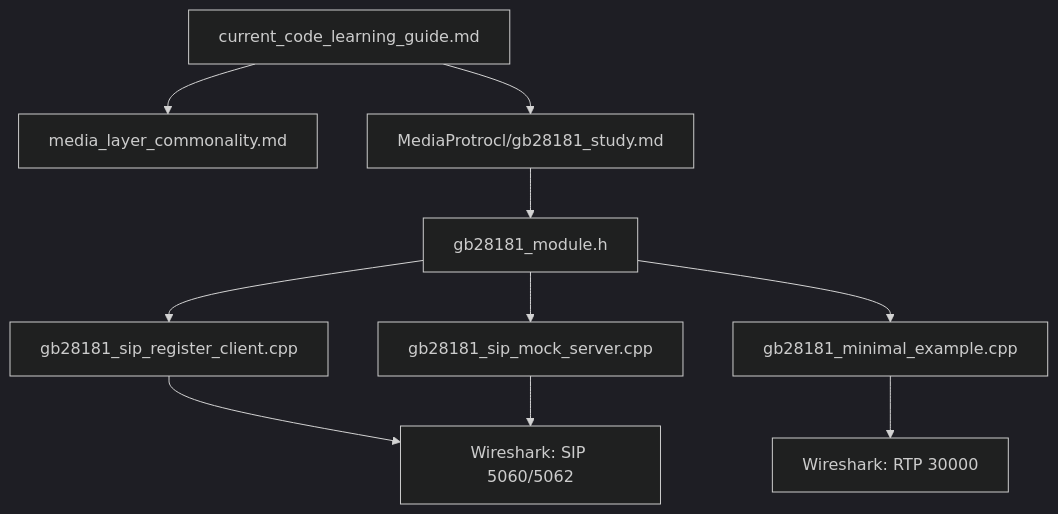
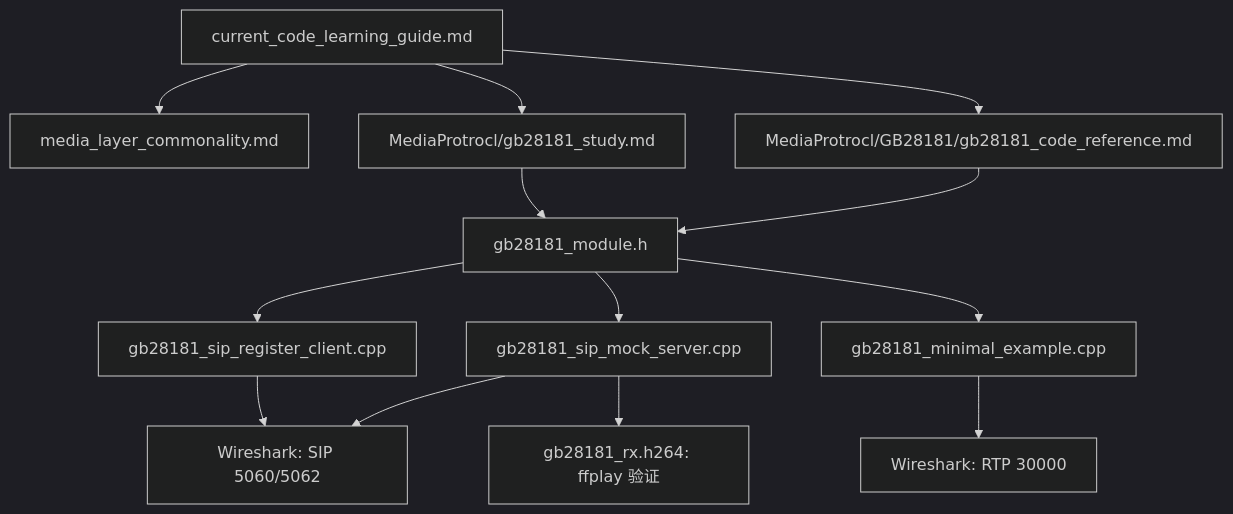
Before and after one commit to beggar0664/Media_Study: the first of 3 diagrams in current_code_learning_guide.md, drawn with Mermaid (dark theme). The commit also changed other lines of this file and 3 other files, not shown here.

````diff
--- a/current_code_learning_guide.md
+++ b/current_code_learning_guide.md
@@ -9,12 +9,15 @@
 ```mermaid
 flowchart TD
     A[current_code_learning_guide.md] --> B[media_layer_commonality.md]
     A --> C[MediaProtrocl/gb28181_study.md]
+    A --> CR[MediaProtrocl/GB28181/gb28181_code_reference.md]
     C --> D[gb28181_module.h]
+    CR --> D
     D --> E[gb28181_sip_register_client.cpp]
     D --> F[gb28181_sip_mock_server.cpp]
     D --> G[gb28181_minimal_example.cpp]
     E --> H[Wireshark: SIP 5060/5062]
     F --> H
+    F --> R[gb28181_rx.h264: ffplay 验证]
     G --> I[Wireshark: RTP 30000]
 ```
````
